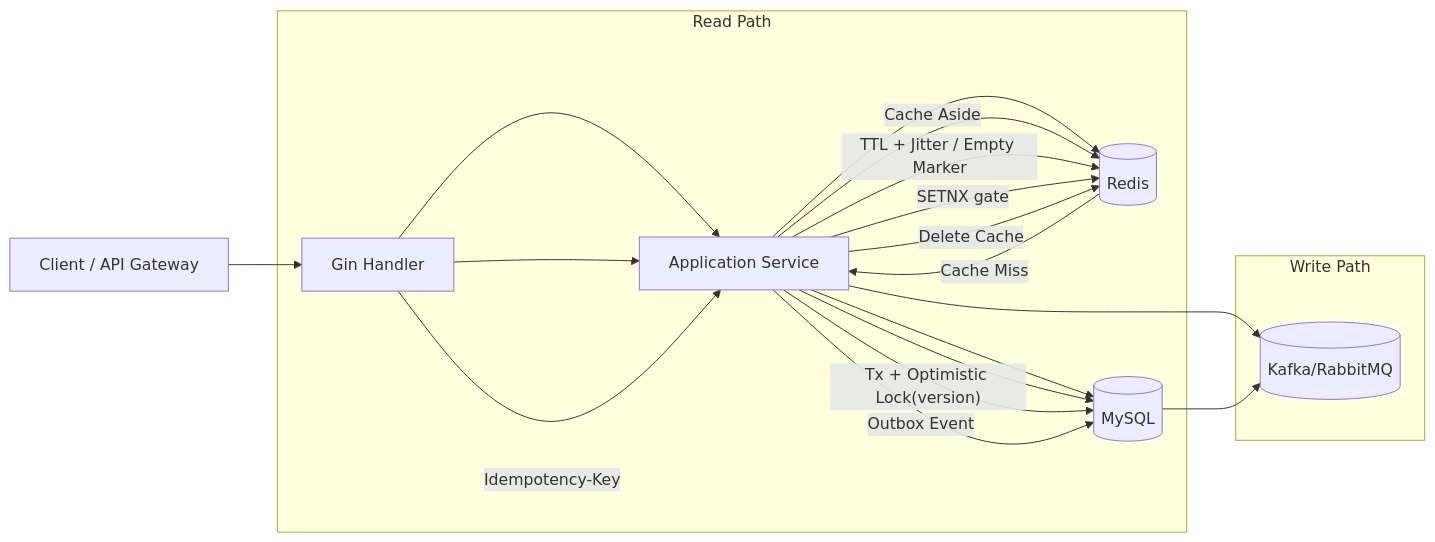
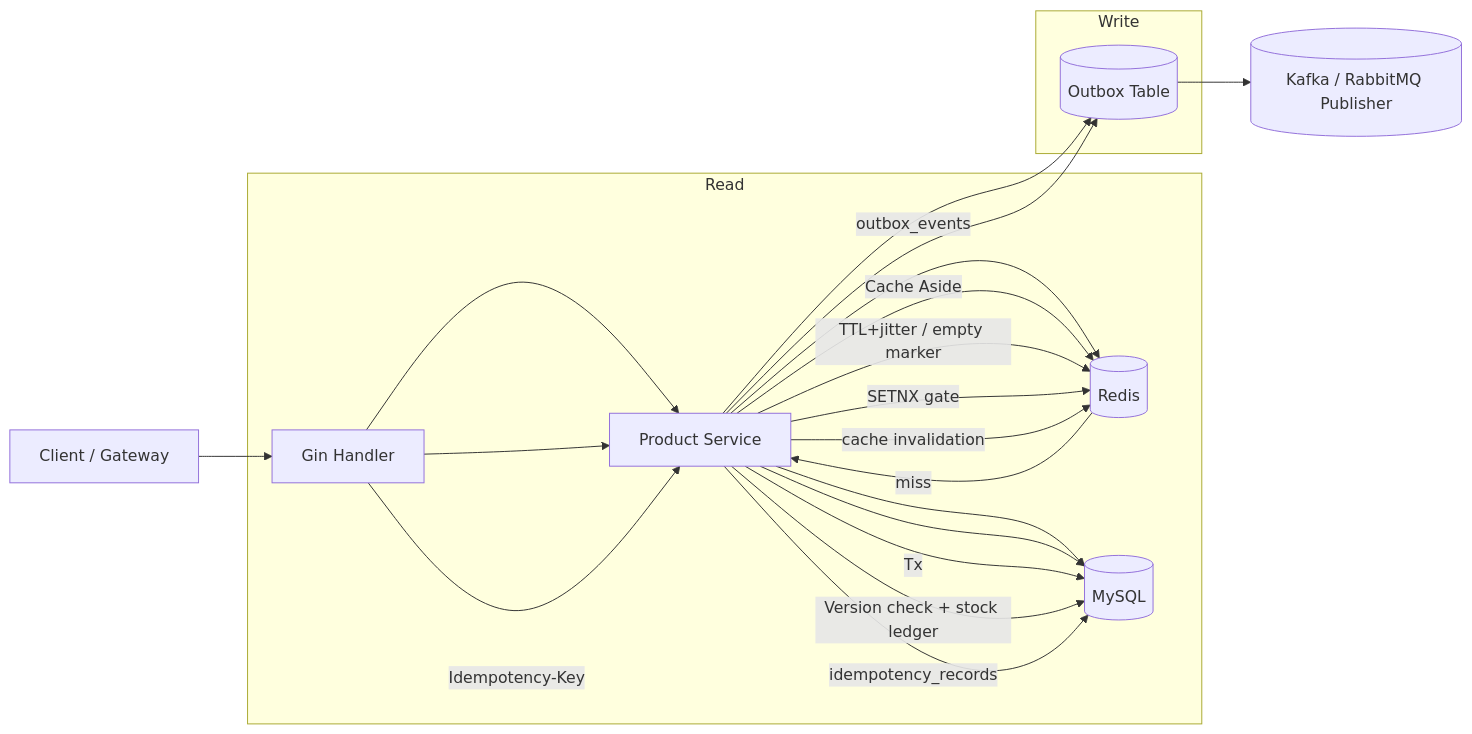
The diagram in README.md (Yelix-Y/NodeShop), drawn with Mermaid before and after one commit. The commit also changed other lines of this file and 3 other files, not shown here.

````diff
--- a/README.md
+++ b/README.md
@@ -5,25 +25,27 @@
 ```mermaid
 flowchart LR
-    C[Client / API Gateway] --> H[Gin Handler]
-    H --> S[Application Service]
+    C[Client / Gateway] --> H[Gin Handler]
+    H --> S[Product Service]
     S --> R[(Redis)]
     S --> M[(MySQL)]
-    S --> Q[(Kafka/RabbitMQ)]
+    S --> O[(Outbox Table)]
+    O --> MQ[(Kafka / RabbitMQ Publisher)]
 
-    subgraph Read Path
+    subgraph Read
       H --> S
-      S -->|"Cache Aside"| R
-      R -->|"Cache Miss"| S
+      S -->|Cache Aside| R
+      R -->|miss| S
       S --> M
-      S -->|"TTL + Jitter / Empty Marker"| R
+      S -->|TTL+jitter / empty marker| R
     end
 
-    subgraph Write Path
-      H -->|"Idempotency-Key"| S
-      S -->|"SETNX gate"| R
-      S -->|"Tx + Optimistic Lock(version)"| M
-      S -->|"Outbox Event"| M
-      M --> Q
-      S -->|"Delete Cache"| R
+    subgraph Write
+      H -->|Idempotency-Key| S
+      S -->|SETNX gate| R
+      S -->|Tx| M
+      S -->|Version check + stock ledger| M
+      S -->|idempotency_records| M
+      S -->|outbox_events| O
+      S -->|cache invalidation| R
     end
 ```
````
